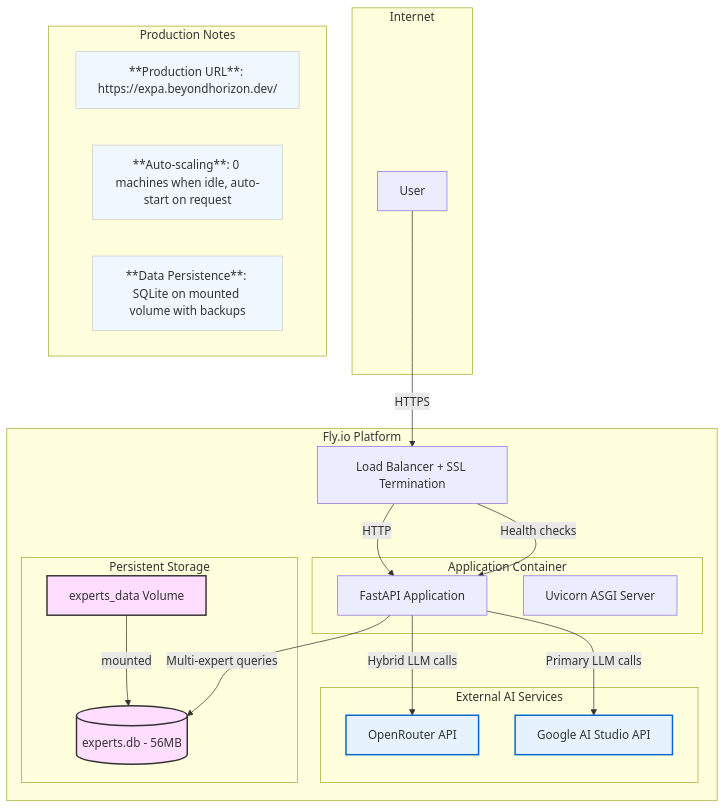
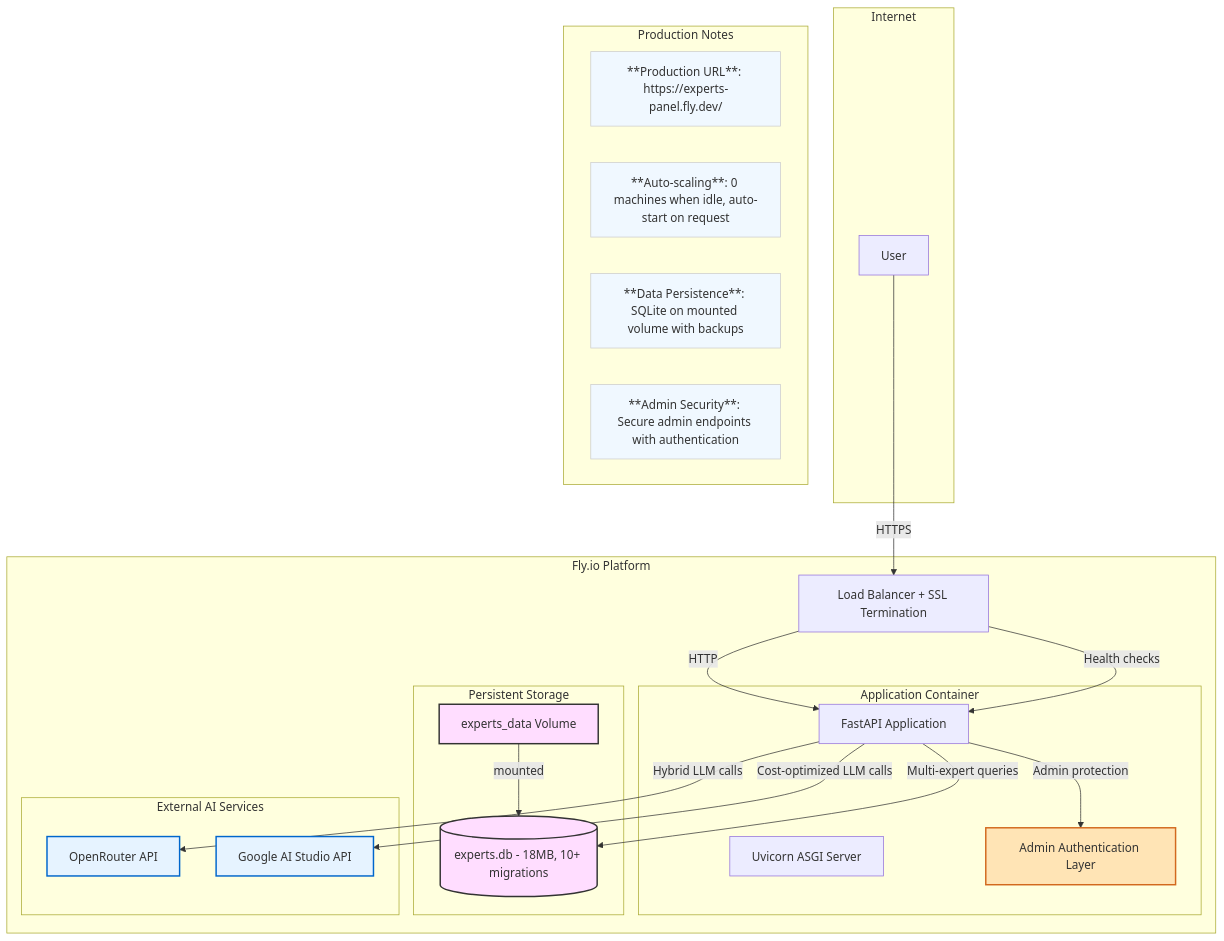
One commit to shao3d/Experts_panel changed the fifth of 5 diagrams in README.md. Above: the diagram before and after it, drawn with Mermaid. The commit also changed other lines of this file, not shown here.

````diff
--- a/README.md
+++ b/README.md
@@ -128,46 +139,51 @@
 ```mermaid
 graph TD
     subgraph "Internet"
         User[User]
     end
 
     subgraph "Fly.io Platform"
         LB[Load Balancer + SSL Termination]
 
         subgraph "Application Container"
             App[FastAPI Application]
             Uvicorn[Uvicorn ASGI Server]
+            AdminLayer[Admin Authentication Layer]
         end
 
         subgraph "Persistent Storage"
             Volume[experts_data Volume]
-            DB[(experts.db - 56MB)]
+            DB[(experts.db - 18MB, 10+ migrations)]
             Volume -- mounted --> DB
         end
 
         subgraph "External AI Services"
             OpenRouter[OpenRouter API]
             GoogleAI[Google AI Studio API]
         end
     end
 
     User -- HTTPS --> LB
     LB -- HTTP --> App
+    App -- Admin protection --> AdminLayer
     App -- Multi-expert queries --> DB
     App -- Hybrid LLM calls --> OpenRouter
-    App -- Primary LLM calls --> GoogleAI
+    App -- Cost-optimized LLM calls --> GoogleAI
     LB -- Health checks --> App
 
     classDef storage fill:#fdf,stroke:#333,stroke-width:2px
     classDef external fill:#e6f3ff,stroke:#0066cc,stroke-width:2px
     classDef note fill:#f0f8ff,stroke:#ccc,stroke-width:1px
+    classDef admin fill:#FFE4B5,stroke:#D2691E,stroke-width:2px
     class Volume,DB storage
     class OpenRouter,GoogleAI external
+    class AdminLayer admin
 
     subgraph "Production Notes"
-        URL[**Production URL**: https://expa.beyondhorizon.dev/]
+        URL[**Production URL**: https://experts-panel.fly.dev/]
         Scale[**Auto-scaling**: 0 machines when idle, auto-start on request]
         Data[**Data Persistence**: SQLite on mounted volume with backups]
-        class URL,Scale,Data note
+        Auth[**Admin Security**: Secure admin endpoints with authentication]
+        class URL,Scale,Data,Auth note
     end
 ```
````
